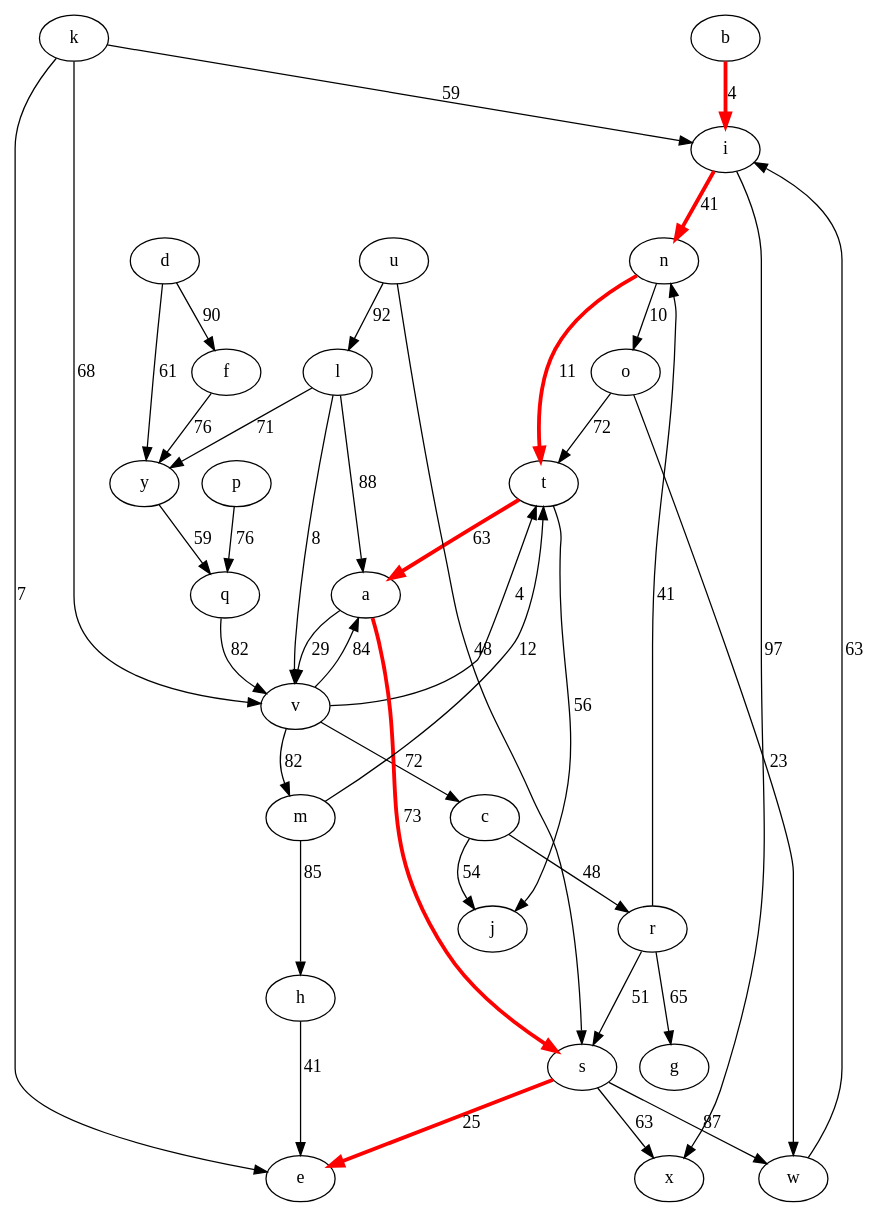
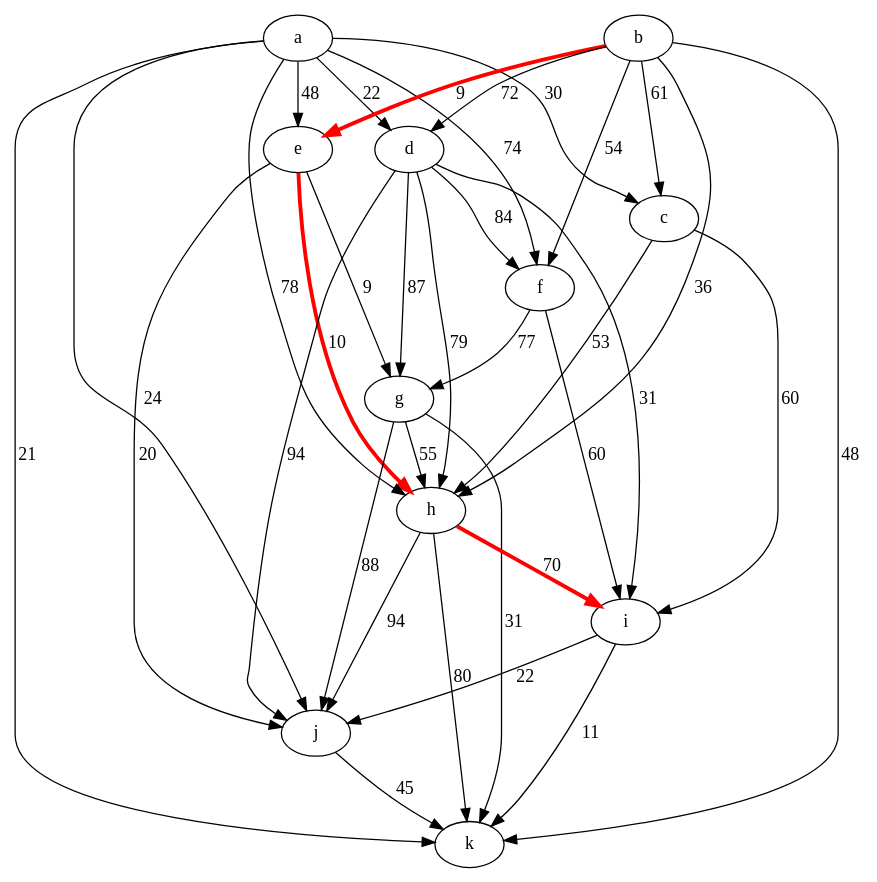
The diagram in graph.dot (biscofil/PHP-Dijkstra), drawn with Graphviz before and after one commit. The commit also changed 3 other files, not shown here.

```diff
--- a/graph.dot
+++ b/graph.dot
@@ -1,43 +1,36 @@
 digraph graphname {
-b -> i[label="4"color=red,penwidth=3.0];
-o -> t[label="72"];
-o -> w[label="23"];
-q -> v[label="82"];
-r -> g[label="65"];
-r -> n[label="41"];
-r -> s[label="51"];
-s -> w[label="87"];
-s -> e[label="25"color=red,penwidth=3.0];
-s -> x[label="63"];
-t -> j[label="56"];
-t -> a[label="63"color=red,penwidth=3.0];
-v -> t[label="4"];
-v -> a[label="84"];
-v -> c[label="72"];
-v -> m[label="82"];
-l -> a[label="88"];
-l -> v[label="8"];
-l -> y[label="71"];
-k -> e[label="7"];
-k -> v[label="68"];
-k -> i[label="59"];
-c -> r[label="48"];
-c -> j[label="54"];
-u -> s[label="48"];
-u -> l[label="92"];
-m -> t[label="12"];
-m -> h[label="85"];
-w -> i[label="63"];
-n -> t[label="11"color=red,penwidth=3.0];
-n -> o[label="10"];
-i -> x[label="97"];
-i -> n[label="41"color=red,penwidth=3.0];
-y -> q[label="59"];
-d -> y[label="61"];
-d -> f[label="90"];
-a -> v[label="29"];
-a -> s[label="73"color=red,penwidth=3.0];
-p -> q[label="76"];
-f -> y[label="76"];
-h -> e[label="41"];
+e -> j[label="20"];
+e -> g[label="9"];
+e -> h[label="10"color=red,penwidth=3.0];
+d -> g[label="87"];
+d -> i[label="31"];
+d -> j[label="94"];
+d -> h[label="79"];
+d -> f[label="84"];
+a -> f[label="74"];
+a -> j[label="24"];
+a -> h[label="78"];
+a -> c[label="30"];
+a -> e[label="48"];
+a -> d[label="22"];
+a -> k[label="21"];
+h -> i[label="70"color=red,penwidth=3.0];
+h -> j[label="94"];
+h -> k[label="80"];
+c -> i[label="60"];
+c -> h[label="53"];
+b -> c[label="61"];
+b -> k[label="48"];
+b -> h[label="36"];
+b -> d[label="72"];
+b -> e[label="9"color=red,penwidth=3.0];
+b -> f[label="54"];
+i -> k[label="11"];
+i -> j[label="22"];
+g -> h[label="55"];
+g -> k[label="31"];
+g -> j[label="88"];
+j -> k[label="45"];
+f -> g[label="77"];
+f -> i[label="60"];
 }
```
